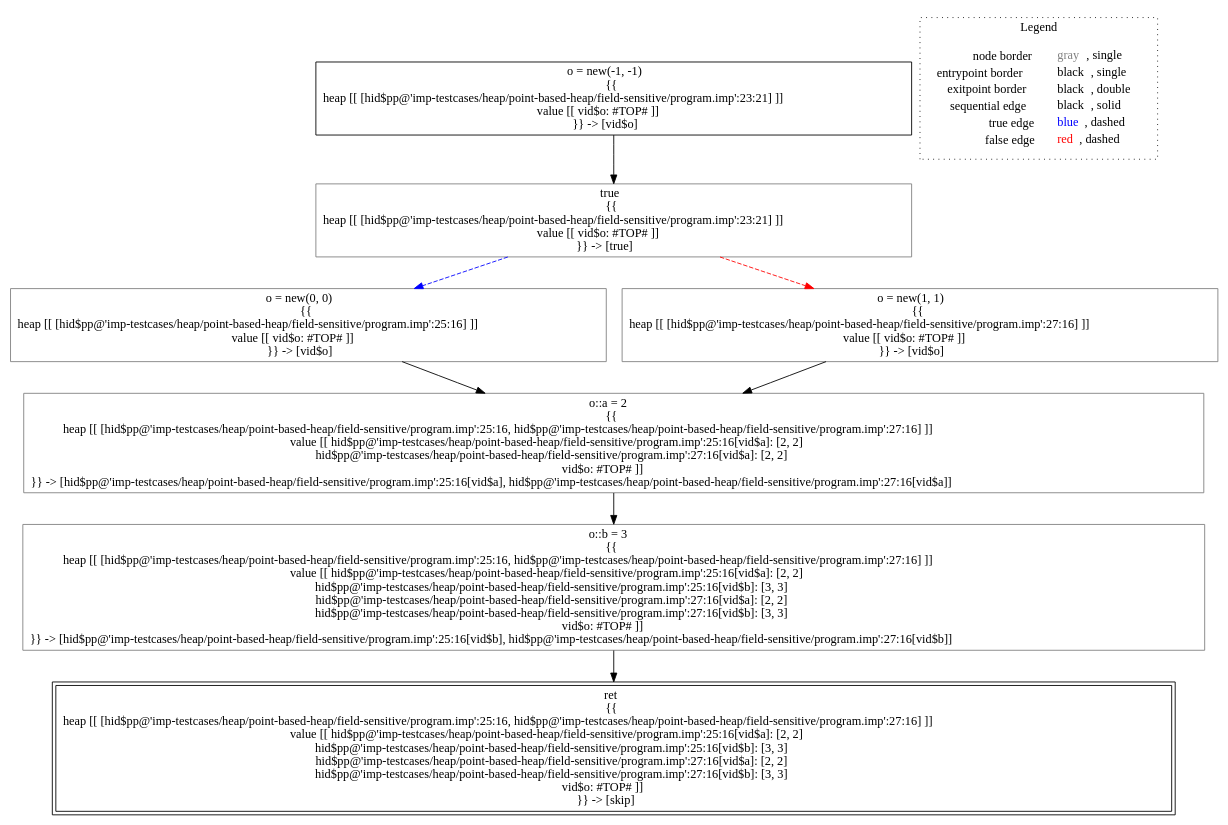
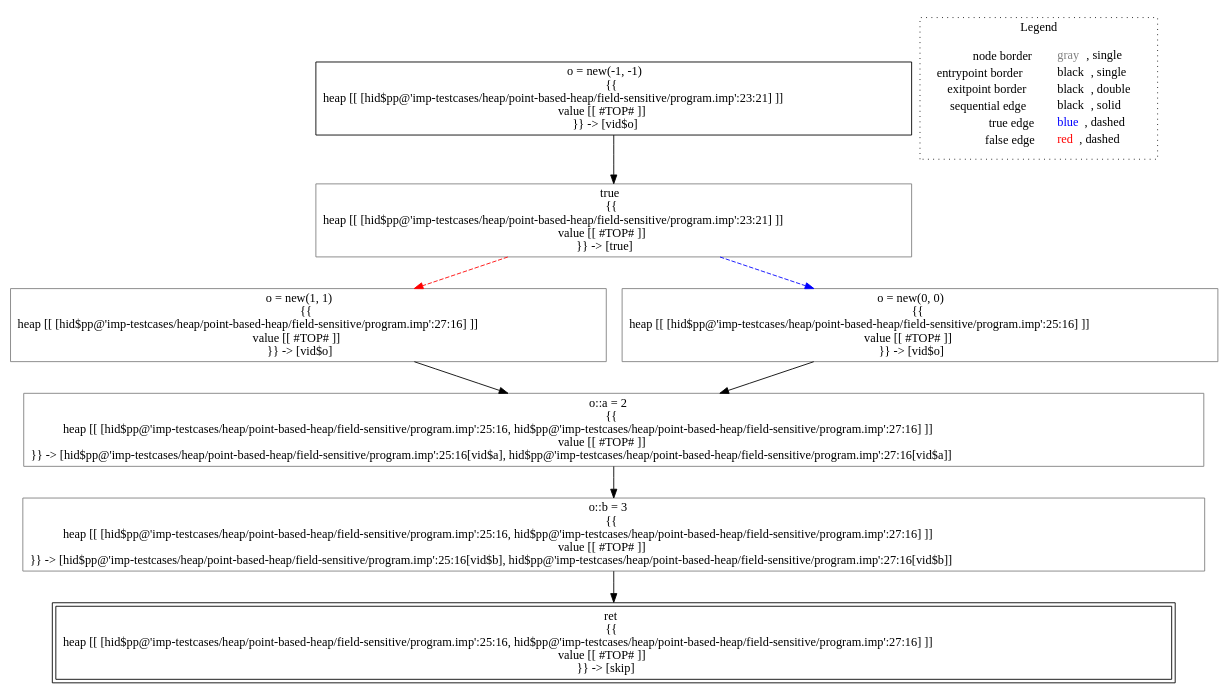
The diagram in lisa/imp-testcases/heap/point-based-heap/field-sensitive/analysis___untyped_A.f3(A_this).dot (lisa-analyzer/lisa), drawn with Graphviz before and after one commit. The commit also changed 15 other files, not shown here.

Commit message:
restored old point-based heap, canProcess method for non relational domains

```diff
--- a/lisa/imp-testcases/heap/point-based-heap/field-sensitive/analysis___untyped_A.f3(A_this).dot
+++ b/lisa/imp-testcases/heap/point-based-heap/field-sensitive/analysis___untyped_A.f3(A_this).dot
@@ -1,23 +1,23 @@
 digraph {
-	"node0" [shape="rect",color="black",label=<o = new(-1, -1)<BR/>{{<BR/>heap [[ [hid$pp@'imp-testcases/heap/point-based-heap/field-sensitive/program.imp':23:21] ]]<BR/>value [[ vid$o: #TOP# ]]<BR/>}} -&gt; [vid$o]>];
-	"node1" [shape="rect",color="gray",label=<o = new(0, 0)<BR/>{{<BR/>heap [[ [hid$pp@'imp-testcases/heap/point-based-heap/field-sensitive/program.imp':25:16] ]]<BR/>value [[ vid$o: #TOP# ]]<BR/>}} -&gt; [vid$o]>];
-	"node2" [shape="rect",color="gray",label=<o = new(1, 1)<BR/>{{<BR/>heap [[ [hid$pp@'imp-testcases/heap/point-based-heap/field-sensitive/program.imp':27:16] ]]<BR/>value [[ vid$o: #TOP# ]]<BR/>}} -&gt; [vid$o]>];
-	"node3" [shape="rect",color="gray",label=<o::b = 3<BR/>{{<BR/>heap [[ [hid$pp@'imp-testcases/heap/point-based-heap/field-sensitive/program.imp':25:16, hid$pp@'imp-testcases/heap/point-based-heap/field-sensitive/program.imp':27:16] ]]<BR/>value [[ hid$pp@'imp-testcases/heap/point-based-heap/field-sensitive/program.imp':25:16[vid$a]: [2, 2]<BR/>hid$pp@'imp-testcases/heap/point-based-heap/field-sensitive/program.imp':25:16[vid$b]: [3, 3]<BR/>hid$pp@'imp-testcases/heap/point-based-heap/field-sensitive/program.imp':27:16[vid$a]: [2, 2]<BR/>hid$pp@'imp-testcases/heap/point-based-heap/field-sensitive/program.imp':27:16[vid$b]: [3, 3]<BR/>vid$o: #TOP# ]]<BR/>}} -&gt; [hid$pp@'imp-testcases/heap/point-based-heap/field-sensitive/program.imp':25:16[vid$b], hid$pp@'imp-testcases/heap/point-based-heap/field-sensitive/program.imp':27:16[vid$b]]>];
-	"node4" [shape="rect",color="black",peripheries="2",label=<ret<BR/>{{<BR/>heap [[ [hid$pp@'imp-testcases/heap/point-based-heap/field-sensitive/program.imp':25:16, hid$pp@'imp-testcases/heap/point-based-heap/field-sensitive/program.imp':27:16] ]]<BR/>value [[ hid$pp@'imp-testcases/heap/point-based-heap/field-sensitive/program.imp':25:16[vid$a]: [2, 2]<BR/>hid$pp@'imp-testcases/heap/point-based-heap/field-sensitive/program.imp':25:16[vid$b]: [3, 3]<BR/>hid$pp@'imp-testcases/heap/point-based-heap/field-sensitive/program.imp':27:16[vid$a]: [2, 2]<BR/>hid$pp@'imp-testcases/heap/point-based-heap/field-sensitive/program.imp':27:16[vid$b]: [3, 3]<BR/>vid$o: #TOP# ]]<BR/>}} -&gt; [skip]>];
-	"node5" [shape="rect",color="gray",label=<true<BR/>{{<BR/>heap [[ [hid$pp@'imp-testcases/heap/point-based-heap/field-sensitive/program.imp':23:21] ]]<BR/>value [[ vid$o: #TOP# ]]<BR/>}} -&gt; [true]>];
-	"node6" [shape="rect",color="gray",label=<o::a = 2<BR/>{{<BR/>heap [[ [hid$pp@'imp-testcases/heap/point-based-heap/field-sensitive/program.imp':25:16, hid$pp@'imp-testcases/heap/point-based-heap/field-sensitive/program.imp':27:16] ]]<BR/>value [[ hid$pp@'imp-testcases/heap/point-based-heap/field-sensitive/program.imp':25:16[vid$a]: [2, 2]<BR/>hid$pp@'imp-testcases/heap/point-based-heap/field-sensitive/program.imp':27:16[vid$a]: [2, 2]<BR/>vid$o: #TOP# ]]<BR/>}} -&gt; [hid$pp@'imp-testcases/heap/point-based-heap/field-sensitive/program.imp':25:16[vid$a], hid$pp@'imp-testcases/heap/point-based-heap/field-sensitive/program.imp':27:16[vid$a]]>];
+	"node0" [shape="rect",color="black",label=<o = new(-1, -1)<BR/>{{<BR/>heap [[ [hid$pp@'imp-testcases/heap/point-based-heap/field-sensitive/program.imp':23:21] ]]<BR/>value [[ #TOP# ]]<BR/>}} -&gt; [vid$o]>];
+	"node1" [shape="rect",color="gray",label=<o = new(1, 1)<BR/>{{<BR/>heap [[ [hid$pp@'imp-testcases/heap/point-based-heap/field-sensitive/program.imp':27:16] ]]<BR/>value [[ #TOP# ]]<BR/>}} -&gt; [vid$o]>];
+	"node2" [shape="rect",color="gray",label=<true<BR/>{{<BR/>heap [[ [hid$pp@'imp-testcases/heap/point-based-heap/field-sensitive/program.imp':23:21] ]]<BR/>value [[ #TOP# ]]<BR/>}} -&gt; [true]>];
+	"node3" [shape="rect",color="gray",label=<o::b = 3<BR/>{{<BR/>heap [[ [hid$pp@'imp-testcases/heap/point-based-heap/field-sensitive/program.imp':25:16, hid$pp@'imp-testcases/heap/point-based-heap/field-sensitive/program.imp':27:16] ]]<BR/>value [[ #TOP# ]]<BR/>}} -&gt; [hid$pp@'imp-testcases/heap/point-based-heap/field-sensitive/program.imp':25:16[vid$b], hid$pp@'imp-testcases/heap/point-based-heap/field-sensitive/program.imp':27:16[vid$b]]>];
+	"node4" [shape="rect",color="black",peripheries="2",label=<ret<BR/>{{<BR/>heap [[ [hid$pp@'imp-testcases/heap/point-based-heap/field-sensitive/program.imp':25:16, hid$pp@'imp-testcases/heap/point-based-heap/field-sensitive/program.imp':27:16] ]]<BR/>value [[ #TOP# ]]<BR/>}} -&gt; [skip]>];
+	"node5" [shape="rect",color="gray",label=<o = new(0, 0)<BR/>{{<BR/>heap [[ [hid$pp@'imp-testcases/heap/point-based-heap/field-sensitive/program.imp':25:16] ]]<BR/>value [[ #TOP# ]]<BR/>}} -&gt; [vid$o]>];
+	"node6" [shape="rect",color="gray",label=<o::a = 2<BR/>{{<BR/>heap [[ [hid$pp@'imp-testcases/heap/point-based-heap/field-sensitive/program.imp':25:16, hid$pp@'imp-testcases/heap/point-based-heap/field-sensitive/program.imp':27:16] ]]<BR/>value [[ #TOP# ]]<BR/>}} -&gt; [hid$pp@'imp-testcases/heap/point-based-heap/field-sensitive/program.imp':25:16[vid$a], hid$pp@'imp-testcases/heap/point-based-heap/field-sensitive/program.imp':27:16[vid$a]]>];
 	"node1" -> "node6" [color="black"];
-	"node0" -> "node5" [color="black"];
-	"node2" -> "node6" [color="black"];
+	"node2" -> "node1" [color="red",style="dashed"];
+	"node2" -> "node5" [color="blue",style="dashed"];
 	"node3" -> "node4" [color="black"];
-	"node5" -> "node1" [color="blue",style="dashed"];
-	"node5" -> "node2" [color="red",style="dashed"];
+	"node0" -> "node2" [color="black"];
+	"node5" -> "node6" [color="black"];
 	"node6" -> "node3" [color="black"];
 subgraph cluster_legend {
 	label="Legend";
 	style=dotted;
 	node [shape=plaintext];
 	"legend" [label=<<table border="0" cellpadding="2" cellspacing="0" cellborder="0"><tr><td align="right">node border&nbsp;</td><td align="left"><font color="gray">gray</font>, single</td></tr><tr><td align="right">entrypoint border&nbsp;</td><td align="left"><font color="black">black</font>, single</td></tr><tr><td align="right">exitpoint border&nbsp;</td><td align="left"><font color="black">black</font>, double</td></tr><tr><td align="right">sequential edge&nbsp;</td><td align="left"><font color="black">black</font>, solid</td></tr><tr><td align="right">true edge&nbsp;</td><td align="left"><font color="blue">blue</font>, dashed</td></tr><tr><td align="right">false edge&nbsp;</td><td align="left"><font color="red">red</font>, dashed</td></tr></table>>];
 }
 
 }
```
